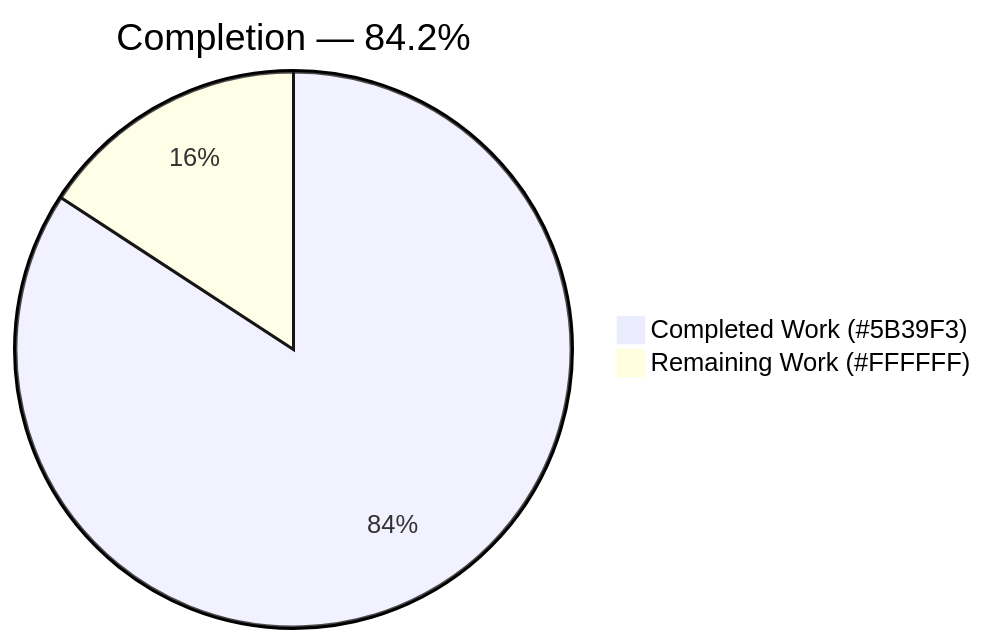
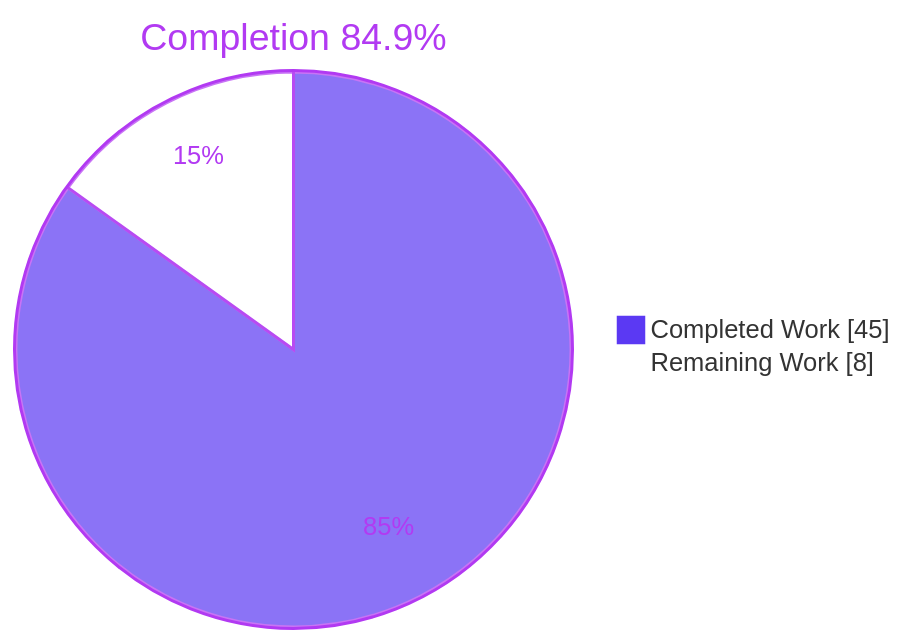
One commit to rjhonsi-blitzy/BlitzyRepo2_Java changed the first of 3 diagrams in blitzy/documentation/Project Guide.md. Above: the diagram before and after it, drawn with Mermaid. The commit also changed other lines of this file, not shown here.

Commit message:
Adding Blitzy Project Guide: Project Status and Human Tasks Remaining

````diff
--- a/blitzy/documentation/Project Guide.md
+++ b/blitzy/documentation/Project Guide.md
@@ -9,5 +9,6 @@
 ```mermaid
-pie title Completion — 84.2%
-    "Completed Work (#5B39F3)" : 32
-    "Remaining Work (#FFFFFF)" : 6
+%%{init: {'theme': 'base', 'themeVariables': {'pie1': '#5B39F3', 'pie2': '#FFFFFF', 'pieStrokeColor': '#B23AF2', 'pieOuterStrokeColor': '#B23AF2', 'pieSectionTextColor': '#B23AF2', 'pieTitleTextColor': '#B23AF2'}}}%%
+pie showData title Completion 84.9%
+    "Completed Work" : 45
+    "Remaining Work" : 8
 ```
````
